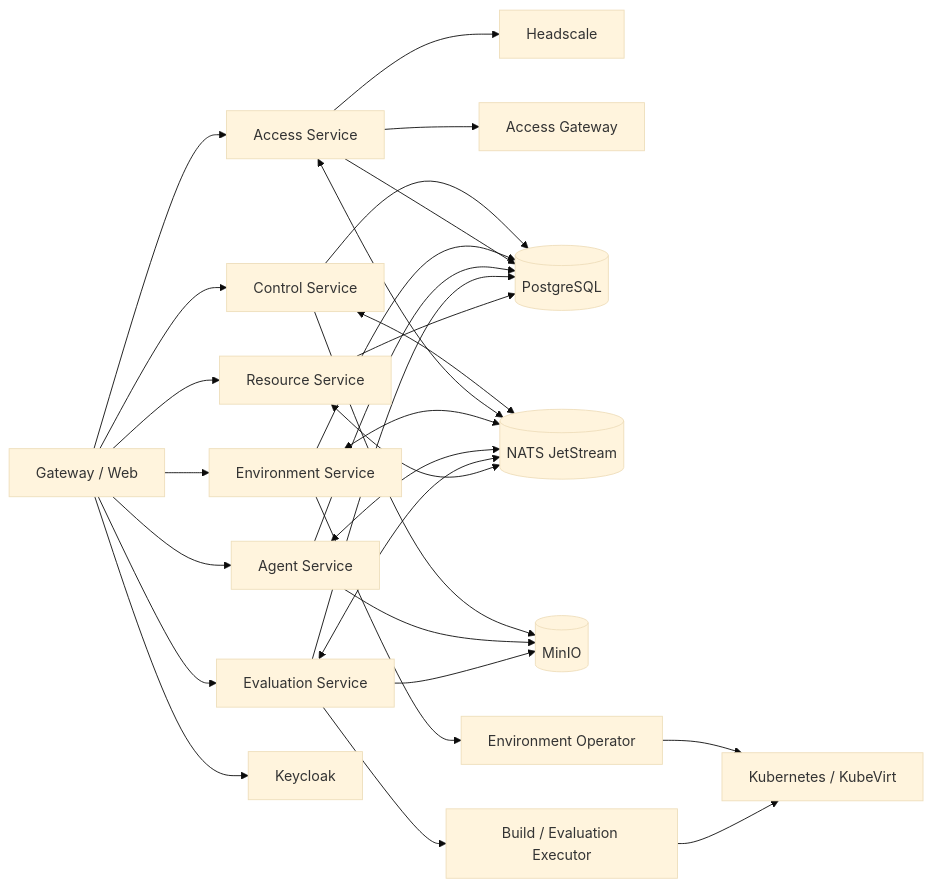
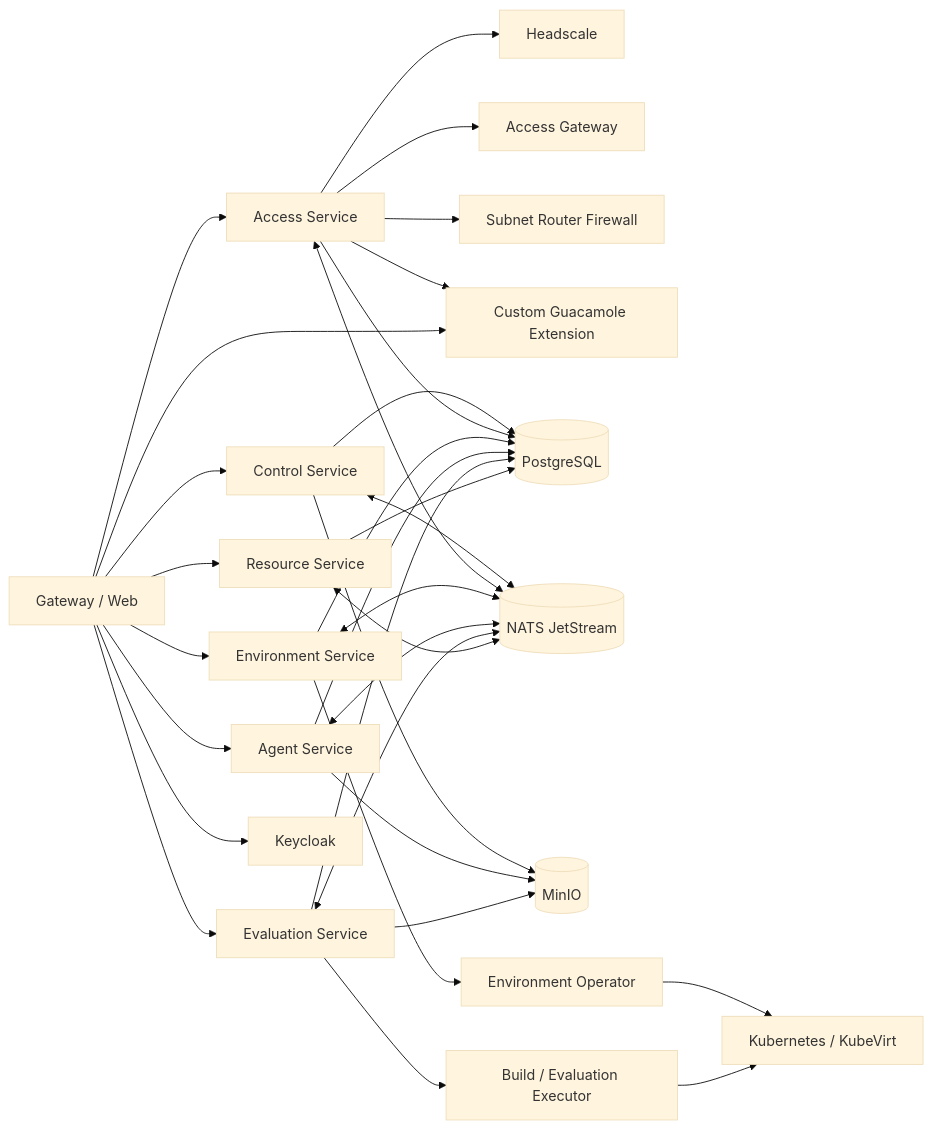
The second of 2 diagrams in docs/architecture/c4.md (TeamMonad/LabWeaver), drawn with Mermaid (base theme) before and after one commit. The commit also changed other lines of this file and 8 other files, not shown here.

Commit message:
docs(access): define direct VM and Guacamole paths

````diff
--- a/docs/architecture/c4.md
+++ b/docs/architecture/c4.md
@@ -30,31 +30,34 @@
 ```mermaid
 flowchart LR
     WEB[Gateway / Web] --> CTRL[Control Service]
     WEB --> ACCESS[Access Service]
     WEB --> ENV[Environment Service]
     WEB --> AGENT[Agent Service]
     WEB --> EVAL[Evaluation Service]
     WEB --> RESOURCE[Resource Service]
     WEB --> KEYCLOAK[Keycloak]
     ACCESS --> HEADSCALE[Headscale]
     ACCESS --> GATEWAY[Access Gateway]
+    ACCESS --> ROUTER[Subnet Router Firewall]
+    ACCESS --> GUACAMOLE[Custom Guacamole Extension]
+    WEB --> GUACAMOLE
     CTRL --> PG[(PostgreSQL)]
     ACCESS --> PG
     ENV --> PG
     AGENT --> PG
     EVAL --> PG
     RESOURCE --> PG
     CTRL <--> NATS[(NATS JetStream)]
     ACCESS <--> NATS
     ENV <--> NATS
     AGENT <--> NATS
     EVAL <--> NATS
     RESOURCE <--> NATS
     CTRL --> MINIO[(MinIO)]
     AGENT --> MINIO
     EVAL --> MINIO
     ENV --> OPERATOR[Environment Operator]
     OPERATOR --> K8S[Kubernetes / KubeVirt]
     EVAL --> EXECUTOR[Build / Evaluation Executor]
     EXECUTOR --> K8S
 ```
````
